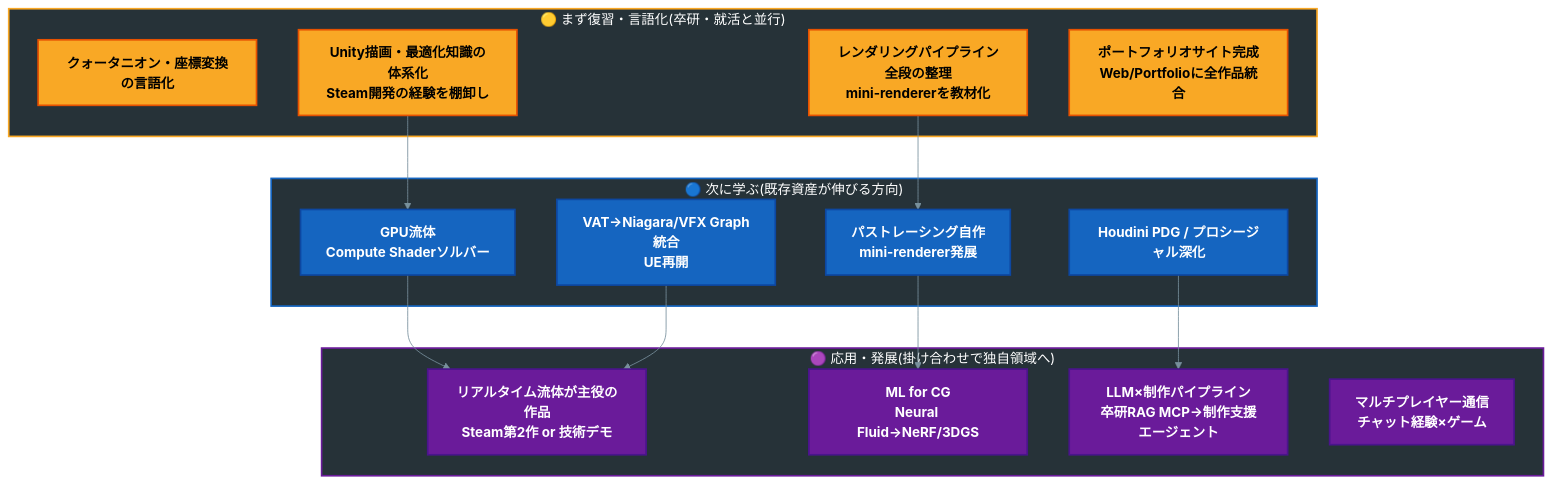
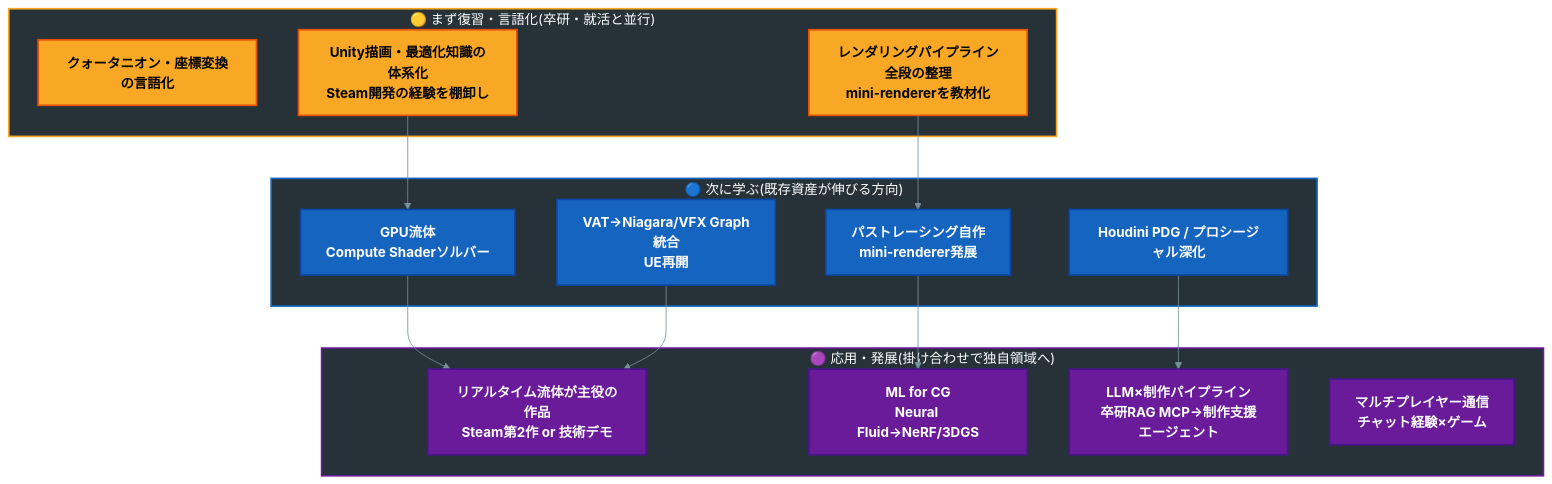
Diagram 13 of 14 in README.md (manato1201/manato1201), drawn with Mermaid before and after one commit. The commit also changed other lines of this file, not shown here.

Commit message:
Update roadmap and badge descriptions in README

````diff
--- a/README.md
+++ b/README.md
@@ -387,39 +457,38 @@
 ```mermaid
 %%{init: {'themeVariables': {'primaryColor':'#37474f','primaryTextColor':'#ffffff','primaryBorderColor':'#263238','lineColor':'#78909c','fontSize':'16px'}}}%%
 flowchart TB
     subgraph NOW["🟡 まず復習・言語化(卒研・就活と並行)"]
         Y1[クォータニオン・座標変換の言語化]:::review
         Y2[レンダリングパイプライン全段の整理<br>mini-rendererを教材化]:::review
         Y3[Unity描画・最適化知識の体系化<br>Steam開発の経験を棚卸し]:::review
-        Y4[ポートフォリオサイト完成<br>Web/Portfolioに全作品統合]:::review
     end
 
     subgraph NEXT["🔵 次に学ぶ(既存資産が伸びる方向)"]
         B1[GPU流体<br>Compute Shaderソルバー]:::next
         B2[パストレーシング自作<br>mini-renderer発展]:::next
         B3[VAT→Niagara/VFX Graph統合<br>UE再開]:::next
         B4[Houdini PDG / プロシージャル深化]:::next
     end
 
     subgraph ADV["🟣 応用・発展(掛け合わせで独自領域へ)"]
         P1[リアルタイム流体が主役の作品<br>Steam第2作 or 技術デモ]:::adv
         P2[ML for CG<br>Neural Fluid→NeRF/3DGS]:::adv
         P3[LLM×制作パイプライン<br>卒研RAG MCP→制作支援エージェント]:::adv
         P4[マルチプレイヤー通信<br>チャット経験×ゲーム]:::adv
     end
 
     Y2 --> B2
     Y3 --> B1
     B1 --> P1
     B2 --> P2
     B3 --> P1
     B4 --> P3
 
     classDef done fill:#2e7d32,stroke:#1b5e20,stroke-width:2px,color:#ffffff,font-weight:bold
     classDef review fill:#f9a825,stroke:#e65100,stroke-width:2px,color:#000000,font-weight:bold
     classDef next fill:#1565c0,stroke:#0d47a1,stroke-width:2px,color:#ffffff,font-weight:bold
     classDef adv fill:#6a1b9a,stroke:#4a148c,stroke-width:2px,color:#ffffff,font-weight:bold
     style NOW fill:#263238,stroke:#f9a825,stroke-width:2px,color:#ffffff
     style NEXT fill:#263238,stroke:#1565c0,stroke-width:2px,color:#ffffff
     style ADV fill:#263238,stroke:#6a1b9a,stroke-width:2px,color:#ffffff
 ```
````
